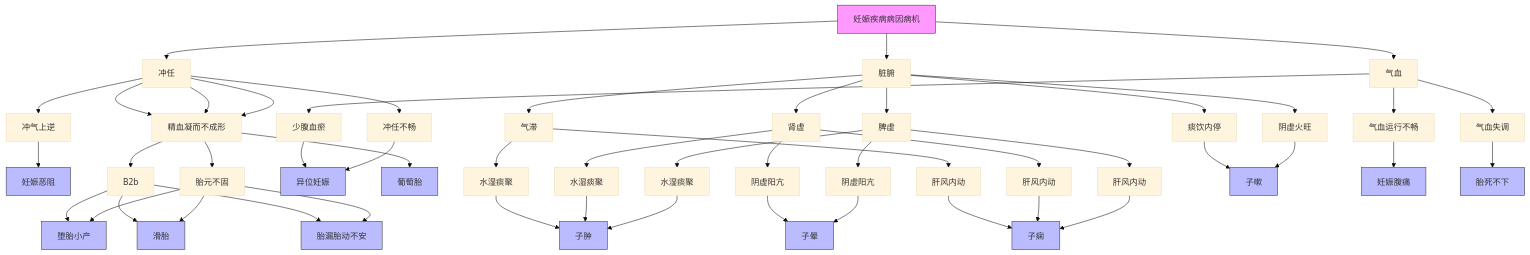
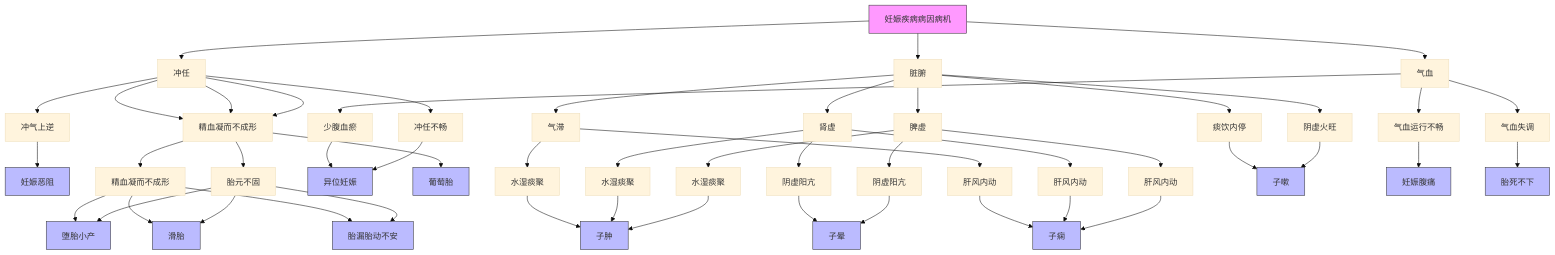
Before and after one commit to lili23755/iodraw-files: the diagram in all/未命名.md, drawn with Mermaid (base theme).

Commit message:
2025-04-04 10:57:44 update

````diff
--- a/all/未命名.md
+++ b/all/未命名.md
@@ -1,42 +1,42 @@
 ```mermaid
 flowchart TD
     A[妊娠疾病病因病机] --> B[冲任]
     A --> C[脏腑]
     A --> D[气血]
     
     B --> B1[冲气上逆] --> 妊娠恶阻
     B --> B2[冲任损伤] --> B2a[胎元不固] --> 堕胎小产 & 滑胎 & 胎漏胎动不安
-    B --> B2[冲任损伤] --> B2b --> 堕胎小产 & 滑胎 & 胎漏胎动不安
+    B --> B2[冲任损伤] --> B2b[精血凝而不成形] --> 堕胎小产 & 滑胎 & 胎漏胎动不安
     B --> B3[冲任不畅] --> 异位妊娠
     B --> B2[精血凝而不成形] --> 葡萄胎
     
     C --> C1[脾虚] --> C1a[水湿痰聚] --> 子肿
     C1 --> C1b[肝风内动] --> 子痫
     C1 --> C1c[阴虚阳亢] --> 子晕
     C --> C2[肾虚] --> C2a[水湿痰聚] --> 子肿
     C2 --> C2b[肝风内动] --> 子痫
     C2 --> C2c[阴虚阳亢] --> 子晕
     C --> C3[气滞] --> C3a[水湿痰聚] --> 子肿
     C3 --> C3b[肝风内动] --> 子痫
     C --> C4[阴虚火旺] --> 子嗽
     C --> C5[痰饮内停] --> 子嗽
     
     D --> D1[气血运行不畅] --> 妊娠腹痛
     D --> D2[气血失调] --> 胎死不下
     D --> D3[少腹血瘀] --> 异位妊娠
 
     style A fill:#f9f,stroke:#333
     style 妊娠恶阻 fill:#bbf,stroke:#333
     style 堕胎小产 fill:#bbf,stroke:#333
     style 滑胎 fill:#bbf,stroke:#333
     style 异位妊娠 fill:#bbf,stroke:#333
     style 子肿 fill:#bbf,stroke:#333
     style 子痫 fill:#bbf,stroke:#333
     style 胎漏胎动不安 fill:#bbf,stroke:#333
     style 胎死不下 fill:#bbf,stroke:#333
     style 妊娠腹痛 fill:#bbf,stroke:#333
     style 葡萄胎 fill:#bbf,stroke:#333
     style 子晕 fill:#bbf,stroke:#333
     style 子嗽 fill:#bbf,stroke:#333
 	  
 ```
````
